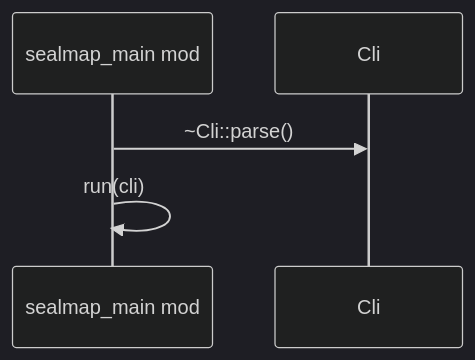
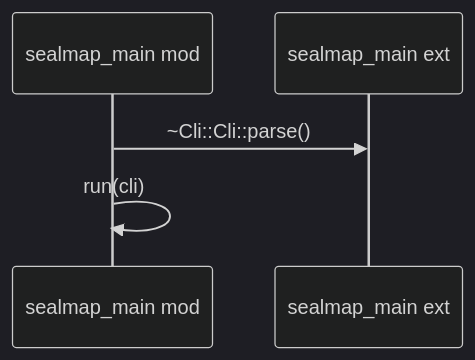
The second of 4 diagrams in docs/sealmap/crates/sealmap/src/main.rs.md (DreamLab-AI/codemaid), drawn with Mermaid (dark theme) before and after one commit. The commit also changed other lines of this file and 45 other files, not shown here.

First line of the commit message:
docs: regenerate the self-corpus for sym: ids and schema v2

````diff
--- a/docs/sealmap/crates/sealmap/src/main.rs.md
+++ b/docs/sealmap/crates/sealmap/src/main.rs.md
@@ -68,7 +68,7 @@
 ```mermaid
 sequenceDiagram
   participant sealmap_main as sealmap_main mod
-  participant sealmap_main__Cli as Cli
-  sealmap_main->>sealmap_main__Cli: ~Cli::parse()
+  participant _sealmap_main as sealmap_main ext
+  sealmap_main->>_sealmap_main: ~Cli::Cli::parse()
   sealmap_main->>sealmap_main: run(cli)
 ```
````
